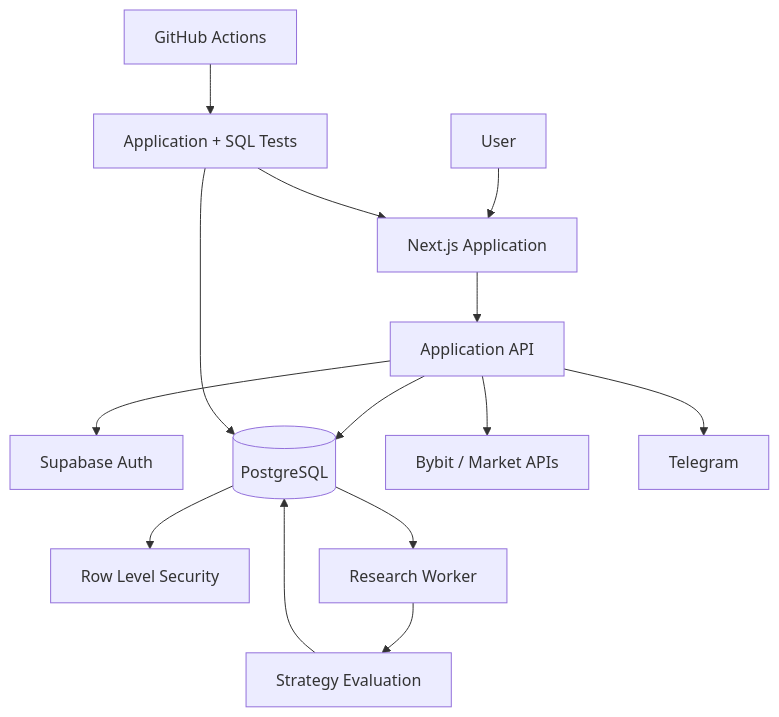
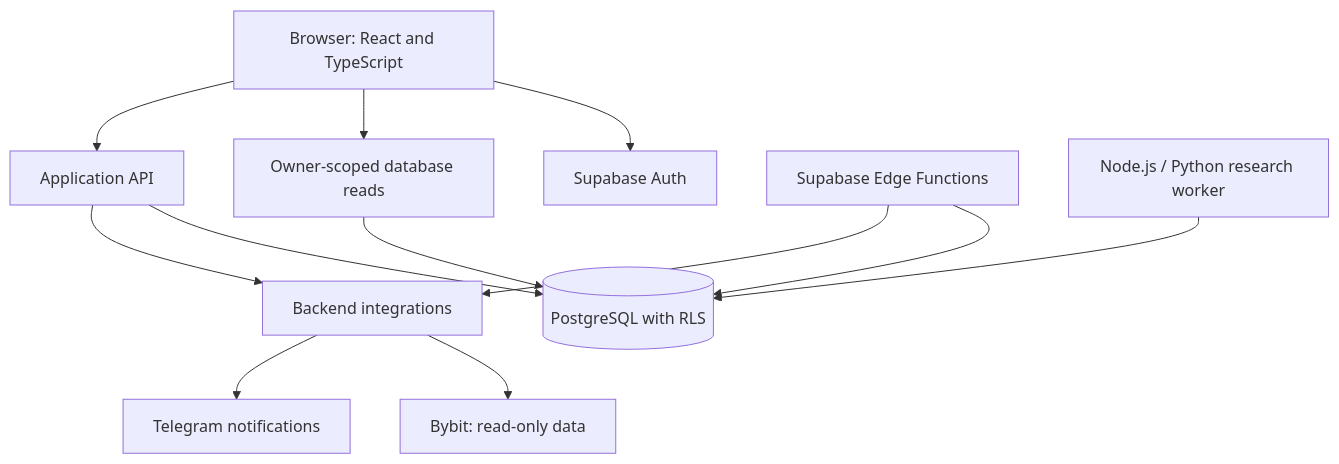
Before and after one commit to bondarenkodenis0907-web/tradepilot-ai-showcase: the diagram in ARCHITECTURE.md, drawn with Mermaid. The commit also changed other lines of this file and 2 other files, not shown here.

Commit message:
docs: explain TradePilot decisions and data boundaries

````diff
--- a/ARCHITECTURE.md
+++ b/ARCHITECTURE.md
@@ -5,20 +5,14 @@
 ```mermaid
 flowchart TD
-    U[User] --> WEB[Next.js Application]
-
-    WEB --> API[Application API]
-    API --> AUTH[Supabase Auth]
-    API --> DB[(PostgreSQL)]
-    DB --> RLS[Row Level Security]
-
-    API --> MARKET[Bybit / Market APIs]
-    API --> TG[Telegram]
-
-    DB --> WORKER[Research Worker]
-    WORKER --> RESEARCH[Strategy Evaluation]
-    RESEARCH --> DB
-
-    CI[GitHub Actions] --> TESTS[Application + SQL Tests]
-    TESTS --> WEB
-    TESTS --> DB
+    B[Browser: React and TypeScript] --> A[Supabase Auth]
+    B --> D[Owner-scoped database reads]
+    D --> P[(PostgreSQL with RLS)]
+    B --> API[Application API]
+    API --> P
+    API --> I[Backend integrations]
+    E[Supabase Edge Functions] --> P
+    E --> I
+    I --> BY[Bybit: read-only data]
+    I --> TG[Telegram notifications]
+    W[Node.js / Python research worker] --> P
 ```
````
